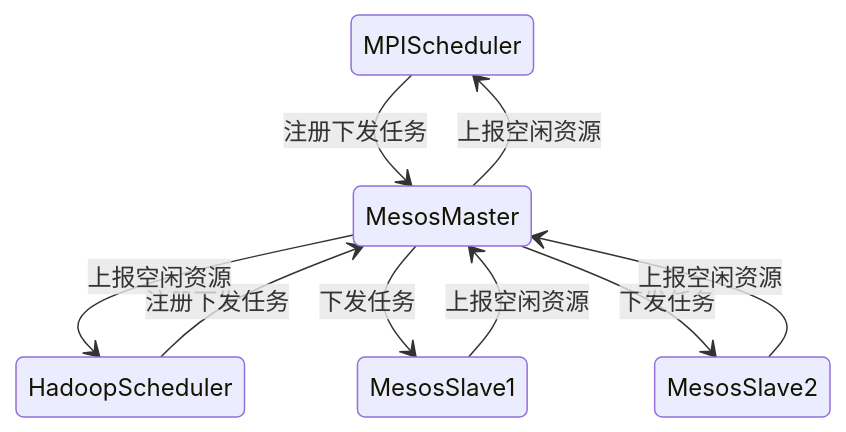
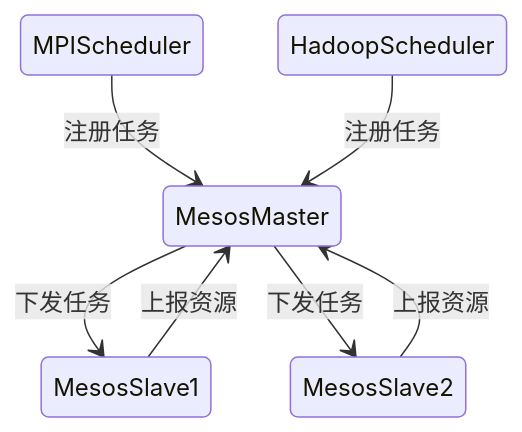
One commit to 0xcaffebabe/note changed the first of 2 diagrams in doc/软件工程/架构/系统设计/分布式/分布式系统.md. Above: the diagram before and after it, drawn with Mermaid. The commit also changed other lines of this file and 2 other files, not shown here.

````diff
--- a/doc/软件工程/架构/系统设计/分布式/分布式系统.md
+++ b/doc/软件工程/架构/系统设计/分布式/分布式系统.md
@@ -143,11 +209,9 @@
 ```mermaid
 stateDiagram-v2
-  MPIScheduler --> MesosMaster: 注册下发任务
-  HadoopScheduler --> MesosMaster: 注册下发任务
-  MesosMaster --> MPIScheduler: 上报空闲资源
-  MesosMaster --> HadoopScheduler: 上报空闲资源
+  MPIScheduler --> MesosMaster: 注册任务
+  HadoopScheduler --> MesosMaster: 注册任务
   MesosMaster --> MesosSlave1: 下发任务
-  MesosSlave1 --> MesosMaster: 上报空闲资源
   MesosMaster --> MesosSlave2: 下发任务
-  MesosSlave2 --> MesosMaster: 上报空闲资源
+  MesosSlave1 --> MesosMaster: 上报资源
+  MesosSlave2 --> MesosMaster: 上报资源
 ```
````
